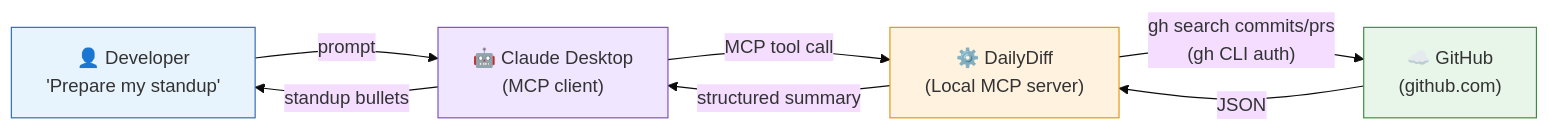
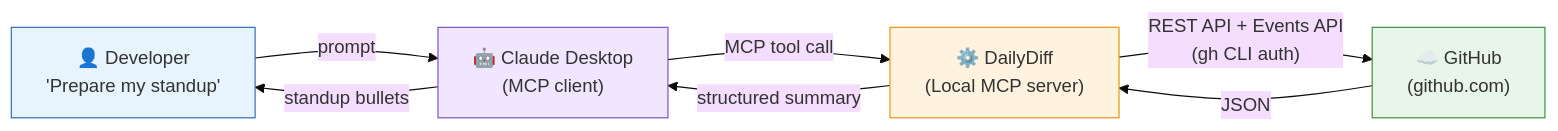
One commit to bhismalilly/DailyDiff changed the diagram in README.md. Above: the diagram before and after it, drawn with Mermaid (base theme). The commit also changed other lines of this file, not shown here.

Commit message:
feat: update README to include branch activity in standup summary and clarify API usage

````diff
--- a/README.md
+++ b/README.md
@@ -21,14 +21,14 @@
 ```mermaid
 flowchart LR
     A["👤 Developer<br/>'Prepare my standup'"] -->|prompt| B["🤖 Claude Desktop<br/>(MCP client)"]
     B -->|MCP tool call| C["⚙️ DailyDiff<br/>(Local MCP server)"]
-    C -->|"gh search commits/prs<br/>(gh CLI auth)"| D["☁️ GitHub<br/>(github.com)"]
+    C -->|"REST API + Events API<br/>(gh CLI auth)"| D["☁️ GitHub<br/>(github.com)"]
     D -->|JSON| C
     C -->|structured summary| B
     B -->|"standup bullets"| A
 
     style A fill:#E8F4FD,stroke:#2E6AB1,color:#333
     style B fill:#F0E6FF,stroke:#7B4FBF,color:#333
     style C fill:#FFF3E0,stroke:#E6930A,color:#333
     style D fill:#E8F5E9,stroke:#388E3C,color:#333
 ```
````
